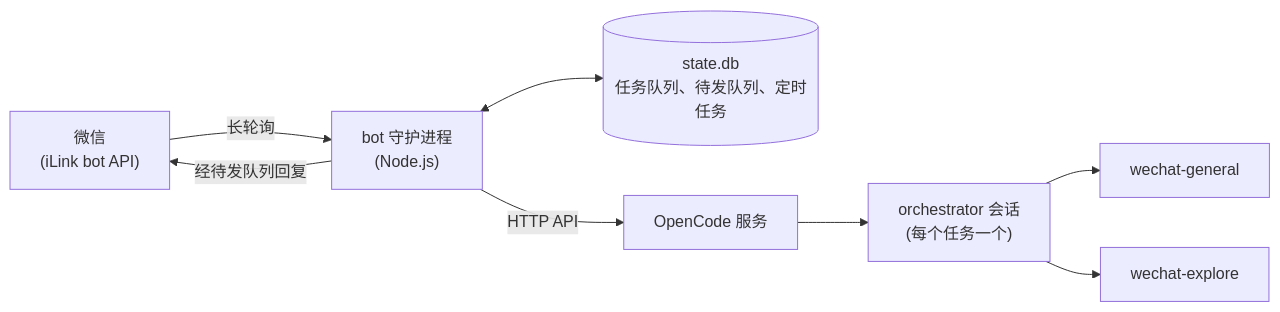
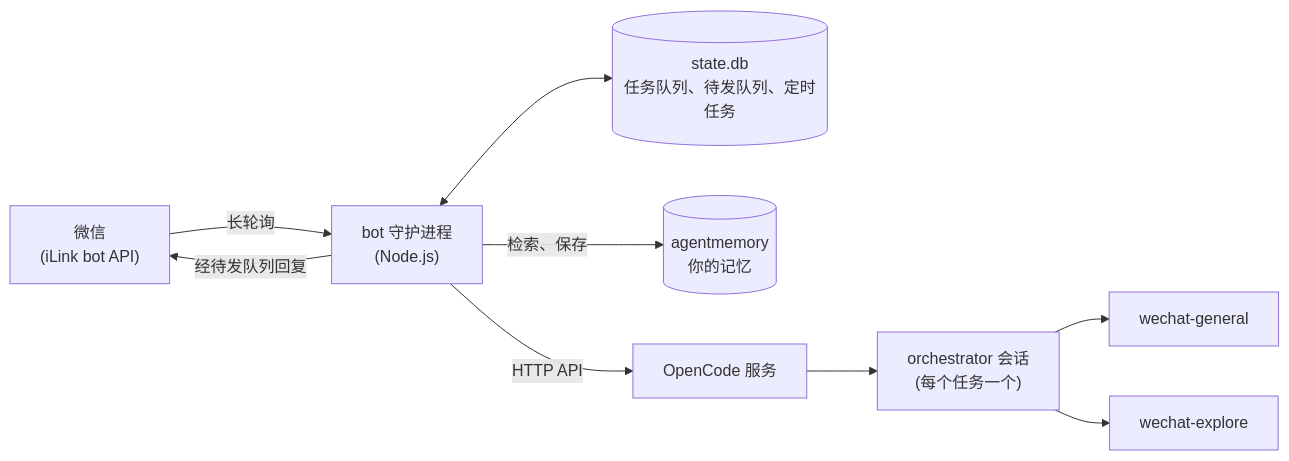
One commit to BrickerP/wechat-opencode-bot changed the diagram in README_zh.md. Above: the diagram before and after it, drawn with Mermaid. The commit also changed other lines of this file and 23 other files, not shown here.

First line of the commit message:
Keep the bot's memory in agentmemory instead of its own files (#8)

````diff
--- a/README_zh.md
+++ b/README_zh.md
@@ -21,10 +21,11 @@
 ```mermaid
 flowchart LR
   wechat["微信<br/>(iLink bot API)"] -- "长轮询" --> daemon["bot 守护进程<br/>(Node.js)"]
   daemon <--> db[("state.db<br/>任务队列、待发队列、定时任务")]
+  daemon -- "检索、保存" --> memory[("agentmemory<br/>你的记忆")]
   daemon -- "HTTP API" --> server["OpenCode 服务"]
   server --> orch["orchestrator 会话<br/>(每个任务一个)"]
   orch --> general["wechat-general"]
   orch --> explore["wechat-explore"]
   daemon -- "经待发队列回复" --> wechat
 ```
````
